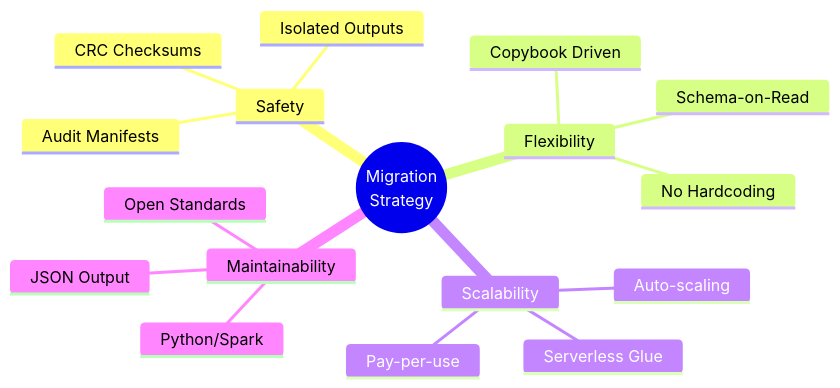
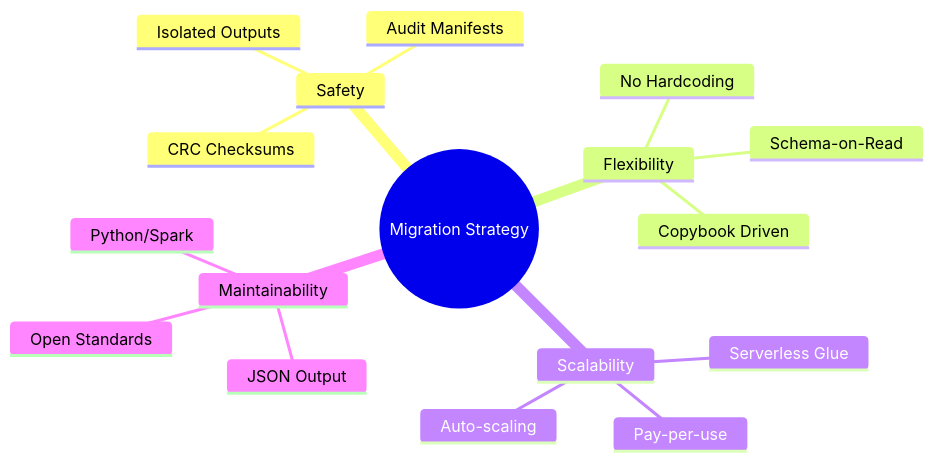
Before and after one commit to maddinenisri/mainframe-data-migration: diagram 12 of 12 in docs/executive-presentation.md, drawn with Mermaid. The commit also changed other lines of this file and 1 other file, not shown here.

````diff
--- a/docs/executive-presentation.md
+++ b/docs/executive-presentation.md
@@ -508,20 +508,20 @@
 ```mermaid
 mindmap
-    root((Migration<br/>Strategy))
+    root((Migration Strategy))
         Safety
             CRC Checksums
             Audit Manifests
             Isolated Outputs
         Flexibility
             Schema-on-Read
             Copybook Driven
             No Hardcoding
         Scalability
             Serverless Glue
             Auto-scaling
             Pay-per-use
         Maintainability
             Python/Spark
             Open Standards
             JSON Output
 ```
````
